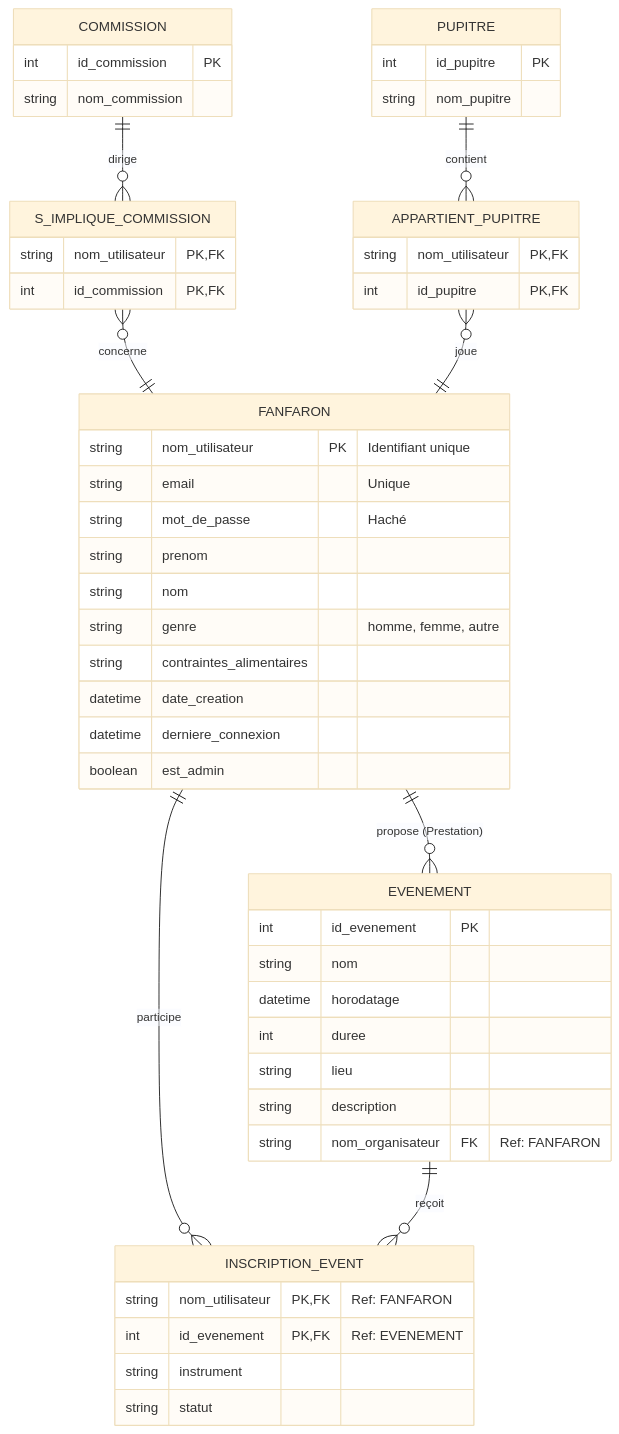
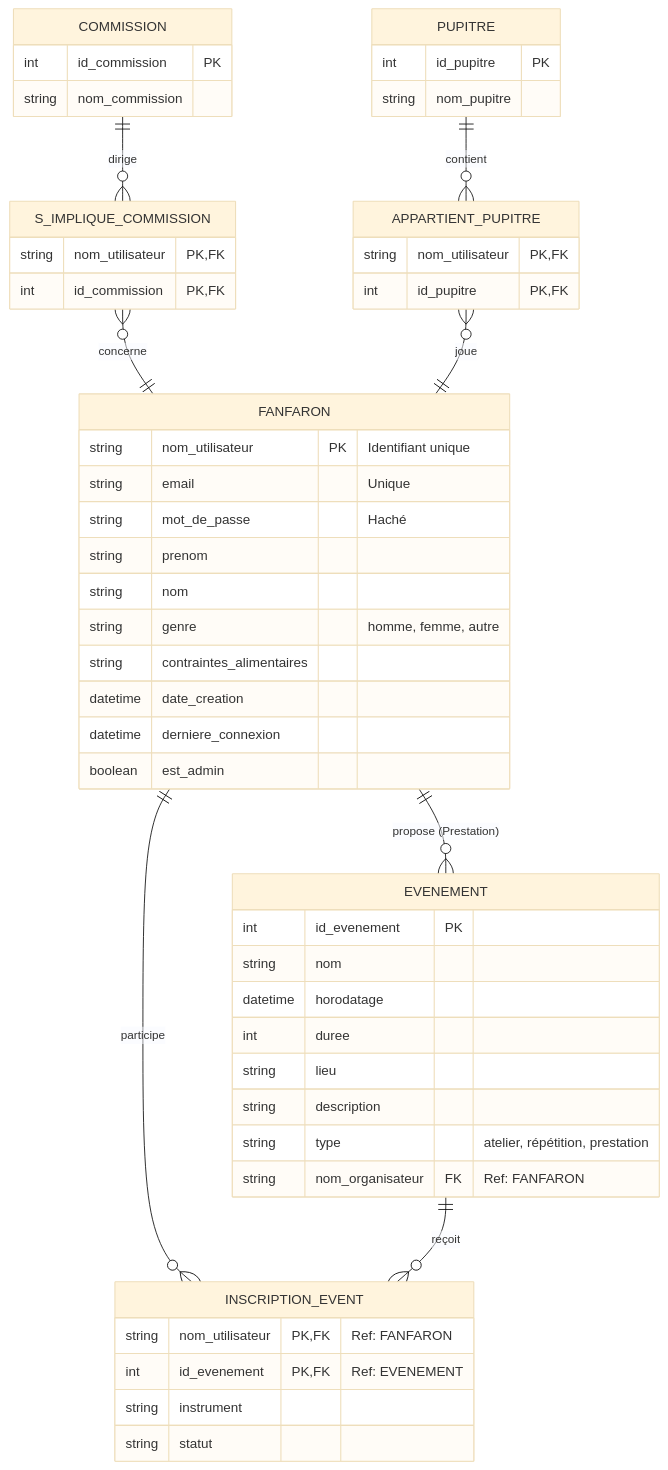
The second of 2 diagrams in README.md (housni2003/projet_info_reparti), drawn with Mermaid (base theme) before and after one commit. The commit also changed other lines of this file, not shown here.

Commit message:
Correction du MLD

````diff
--- a/README.md
+++ b/README.md
@@ -57,62 +56,60 @@
 ```mermaid
     erDiagram
     COMMISSION ||--o{ S_IMPLIQUE_COMMISSION : "dirige"
     PUPITRE ||--o{ APPARTIENT_PUPITRE : "contient"
 
     S_IMPLIQUE_COMMISSION }o--|| FANFARON : "concerne"
     APPARTIENT_PUPITRE }o--|| FANFARON : "joue"
 
     FANFARON {
         string nom_utilisateur PK "Identifiant unique"
         string email "Unique"
         string mot_de_passe "Haché"
         string prenom
         string nom
         string genre "homme, femme, autre"
         string contraintes_alimentaires
         datetime date_creation
         datetime derniere_connexion
         boolean est_admin
     }
 
-%% --- CONNEXIONS VERS LA DROITE ---
     FANFARON ||--o{ EVENEMENT : "propose (Prestation) "
     FANFARON ||--o{ INSCRIPTION_EVENT : "participe"
     EVENEMENT ||--o{ INSCRIPTION_EVENT : "reçoit"
 
-%% --- PÔLE ACTIVITÉ (DROITE) ---
     EVENEMENT {
         int id_evenement PK
         string nom
         datetime horodatage
         int duree
         string lieu
         string description
+        string type "atelier, répétition, prestation"
         string nom_organisateur FK "Ref: FANFARON "
     }
 
     INSCRIPTION_EVENT {
         string nom_utilisateur PK, FK "Ref: FANFARON"
         int id_evenement PK, FK "Ref: EVENEMENT"
         string instrument
         string statut
     }
 
-%% TABLES DE JOINTURE SIMPLIFIÉES
     COMMISSION {
         int id_commission PK
         string nom_commission ""
     }
     PUPITRE {
         int id_pupitre PK
         string nom_pupitre ""
     }
     APPARTIENT_PUPITRE {
         string nom_utilisateur PK, FK
         int id_pupitre PK, FK
     }
     S_IMPLIQUE_COMMISSION {
         string nom_utilisateur PK, FK
         int id_commission PK, FK
     }
 ```
````
